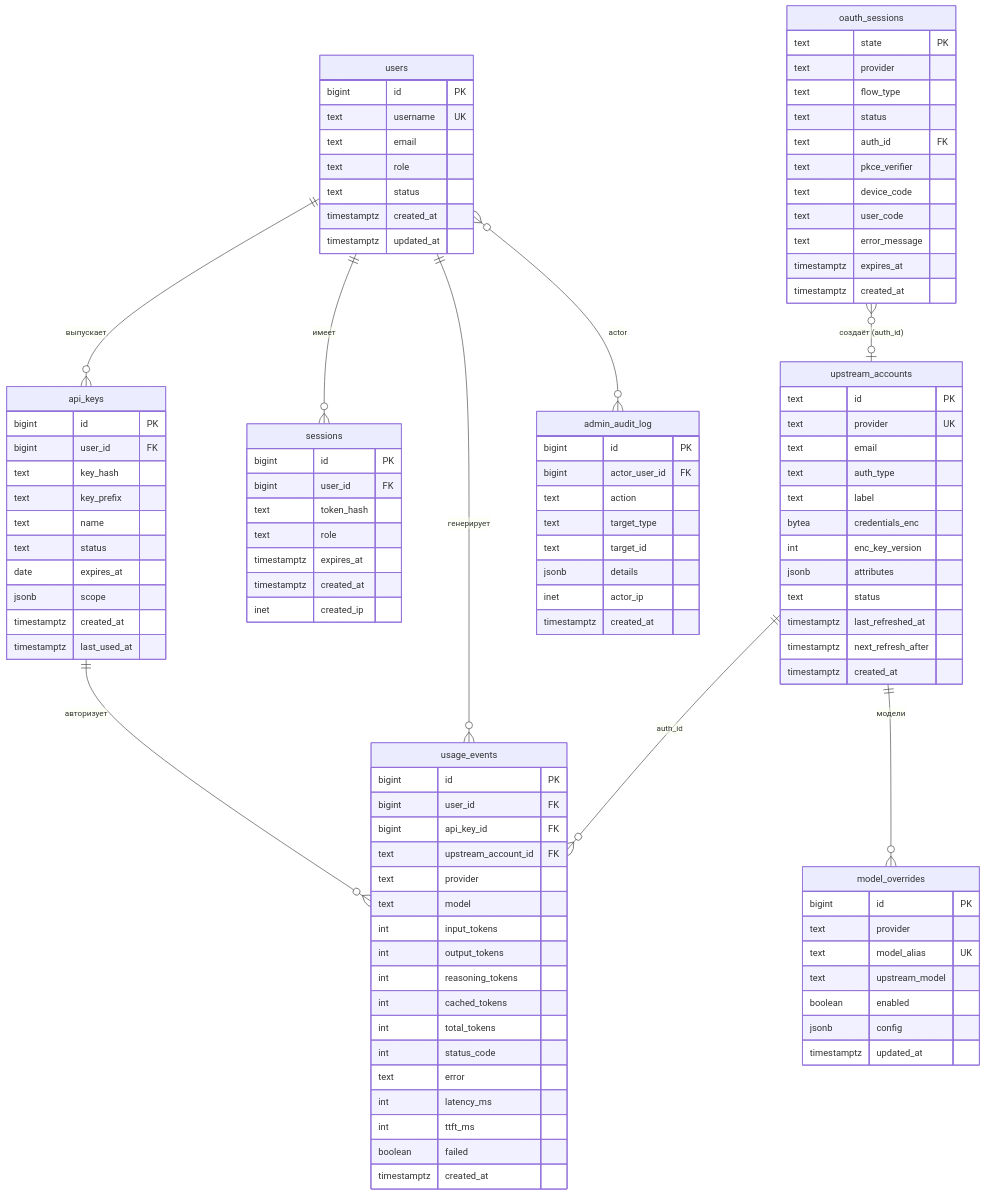
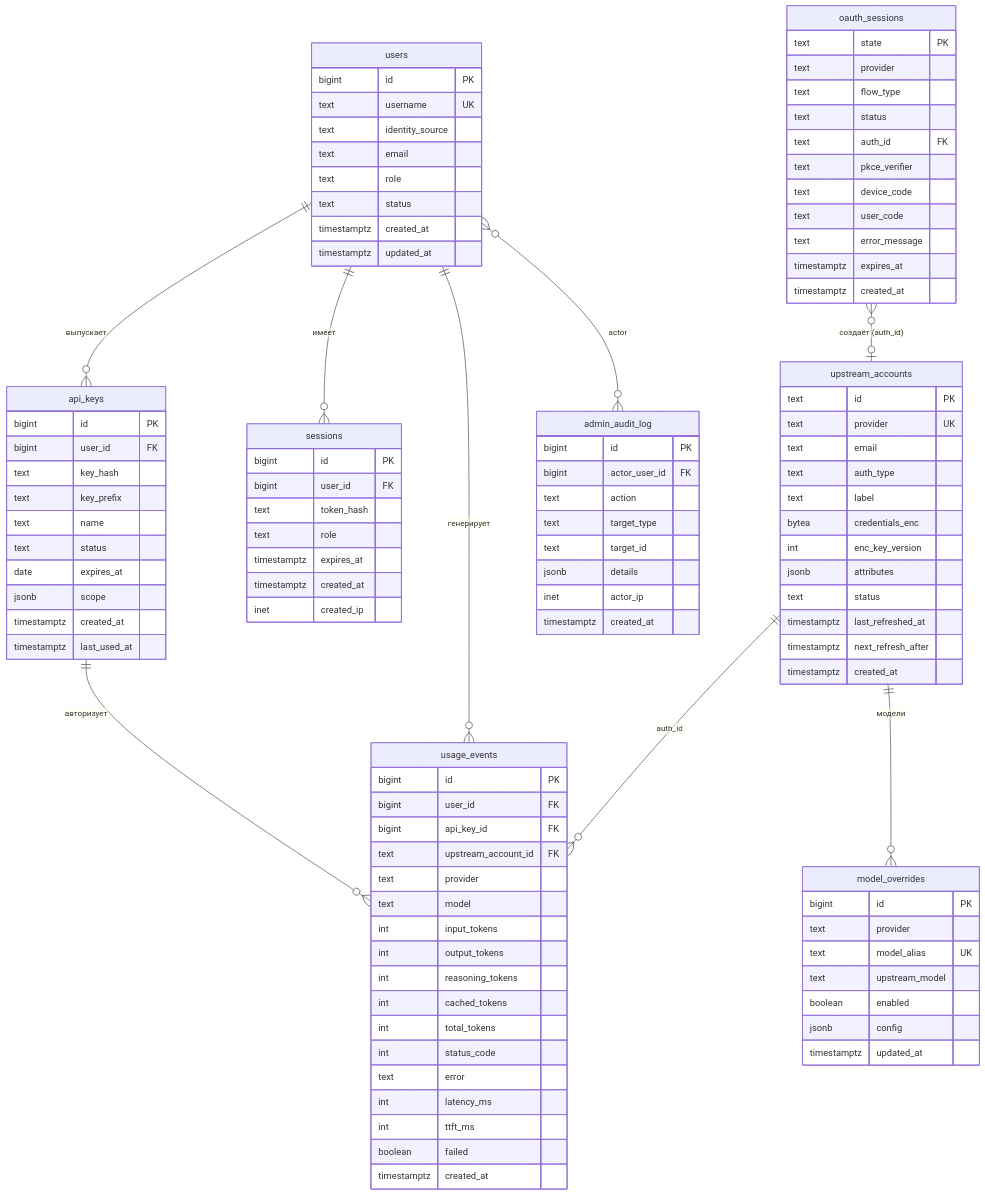
Before and after one commit to ilyast91/CLIProxyNew: the diagram in docs/database-schema.md, drawn with Mermaid. The commit also changed other lines of this file and 8 other files, not shown here.

Commit message:
docs: актуализировать static identity source

```diff
--- a/docs/database-schema.md
+++ b/docs/database-schema.md
@@ -35,6 +35,7 @@
     users {
         bigint id PK
         text username UK
+        text identity_source
         text email
         text role
         text status
```
